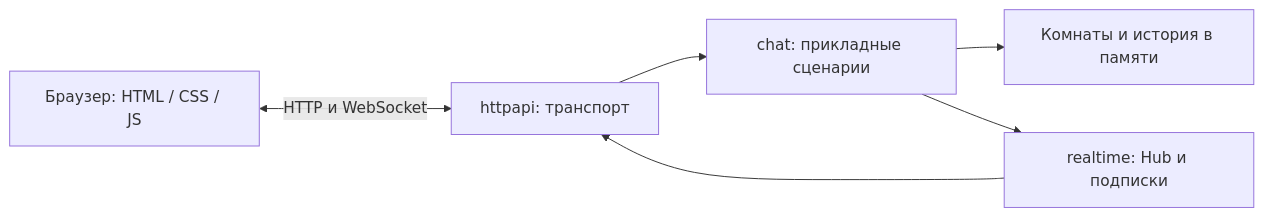
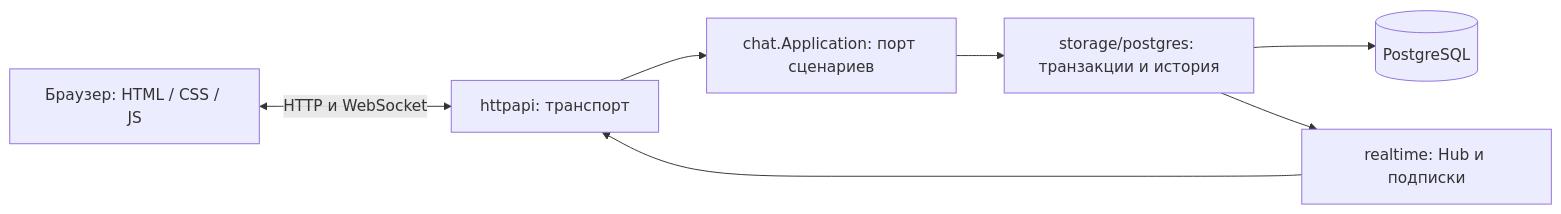
One commit to fnder7/nullchat changed the first of 2 diagrams in docs/ARCHITECTURE.md. Above: the diagram before and after it, drawn with Mermaid. The commit also changed other lines of this file and 55 other files, not shown here.

````diff
--- a/docs/ARCHITECTURE.md
+++ b/docs/ARCHITECTURE.md
@@ -9,8 +9,9 @@
 ```mermaid
 flowchart LR
     A[Браузер: HTML / CSS / JS] <-->|HTTP и WebSocket| B[httpapi: транспорт]
-    B --> C[chat: прикладные сценарии]
-    C --> D[Комнаты и история в памяти]
-    C --> E[realtime: Hub и подписки]
+    B --> C[chat.Application: порт сценариев]
+    C --> D[storage/postgres: транзакции и история]
+    D --> DB[(PostgreSQL)]
+    D --> E[realtime: Hub и подписки]
     E --> B
 ```
````
